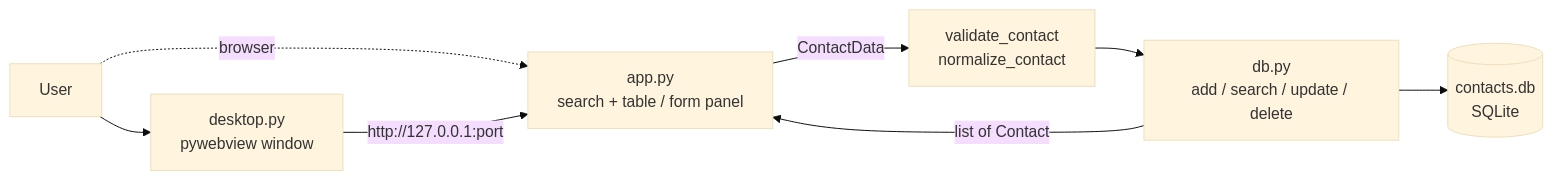
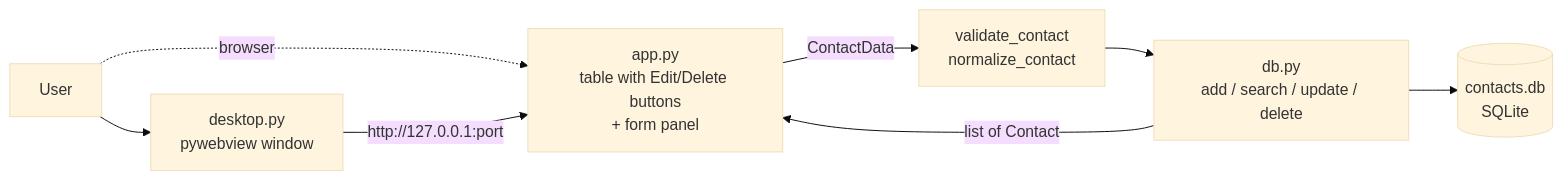
Before and after one commit to farukcan/addressbook_streamlit: the diagram in README.md, drawn with Mermaid (base theme). The commit also changed other lines of this file and 3 other files, not shown here.

First line of the commit message:
feat: per-row Edit and Delete buttons in the contact table

````diff
--- a/README.md
+++ b/README.md
@@ -24,10 +24,10 @@
 ```mermaid
 flowchart LR
     U[User] --> W[desktop.py<br/>pywebview window]
     U -.->|browser| UI
-    W -->|http://127.0.0.1:port| UI[app.py<br/>search + table / form panel]
+    W -->|http://127.0.0.1:port| UI[app.py<br/>table with Edit/Delete buttons<br/>+ form panel]
     UI -->|ContactData| V[validate_contact<br/>normalize_contact]
     V --> DB[db.py<br/>add / search / update / delete]
     DB --> S[(contacts.db<br/>SQLite)]
     DB -->|list of Contact| UI
 ```
````
